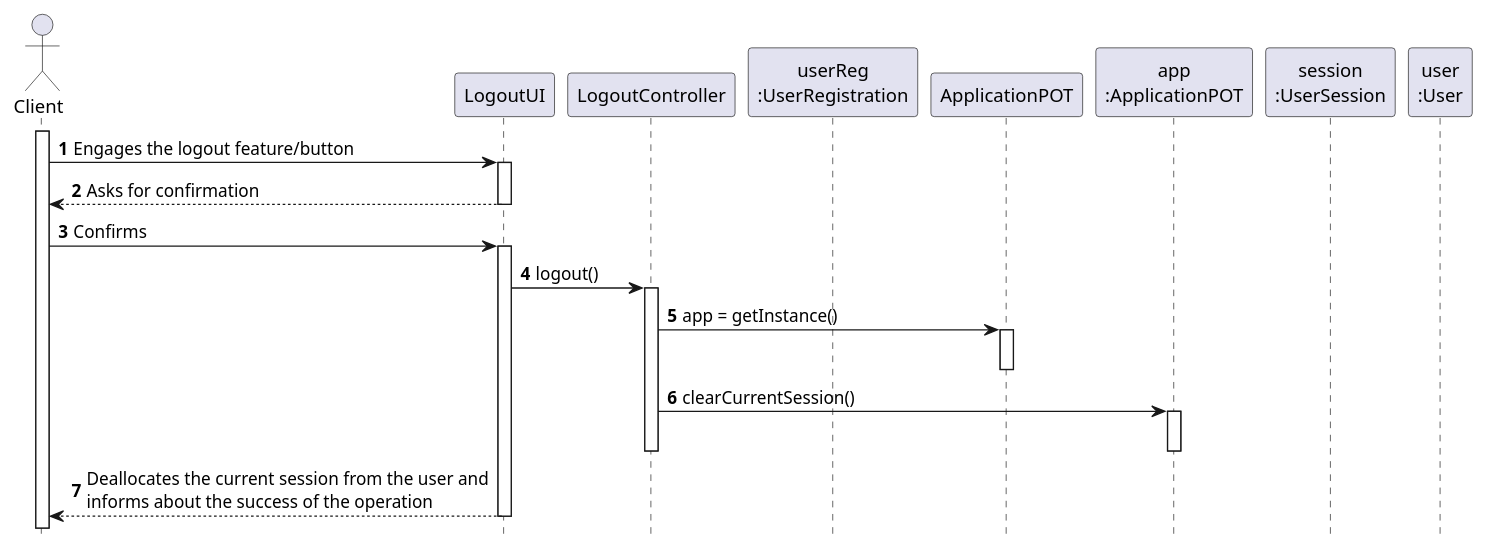
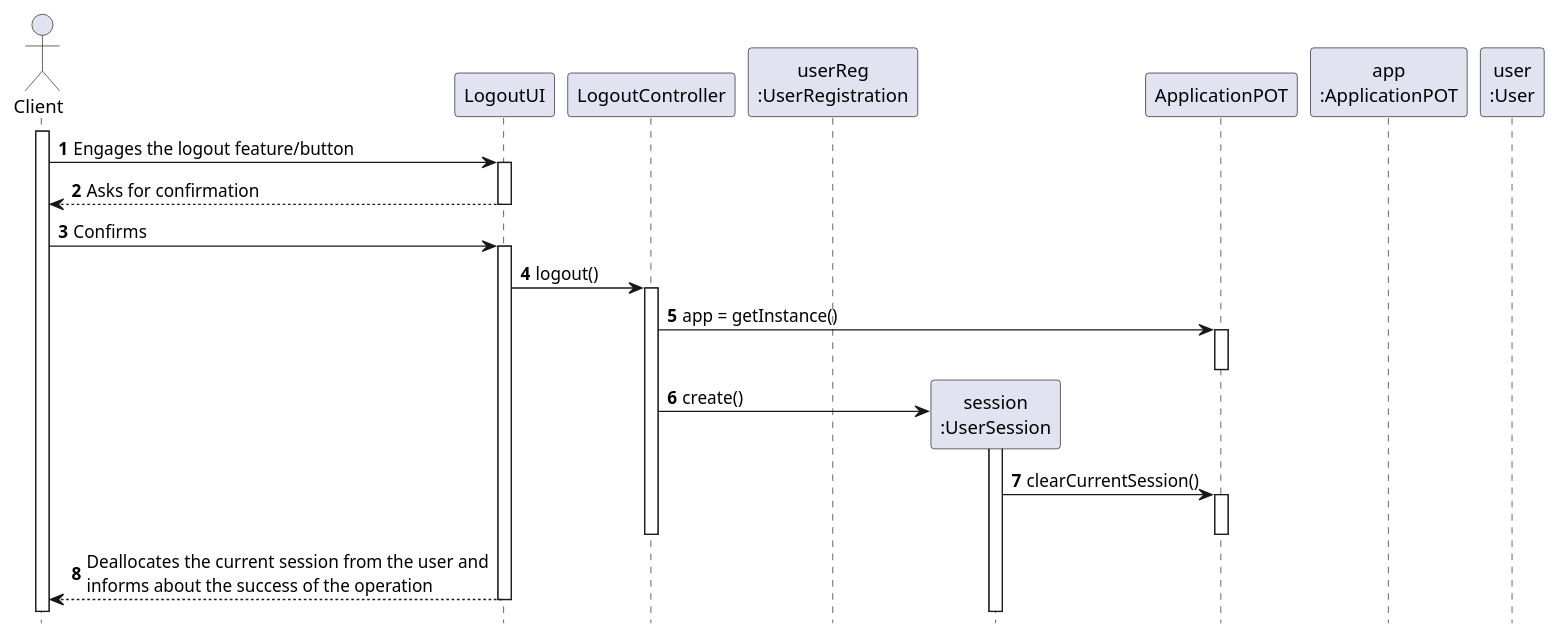
One commit to tiagoavcosta25/LAPR3 changed the diagram in docs/Iteration 1/User Management/US68_Logout/US68_SD.puml. Above: the diagram before and after it, drawn with PlantUML. The commit also changed 8 other files, not shown here.

```diff
--- a/docs/Iteration 1/User Management/US68_Logout/US68_SD.puml
+++ b/docs/Iteration 1/User Management/US68_Logout/US68_SD.puml
@@ -1,45 +1,49 @@
 @startuml
 autonumber
 hide footbox
 
 actor "Client" as U
 
 participant "LogoutUI" as UI
 participant "LogoutController" as CTRL
 
 
 participant "userReg\n:UserRegistration" as UREG
+participant "session\n:UserSession" as SES
 participant "ApplicationPOT" as _APP
 participant "app\n:ApplicationPOT" as APP
-participant "session\n:UserSession" as SES
 participant "user\n:User" as USER
 
 
 activate U
 
 U -> UI : Engages the logout feature/button
 activate UI
 UI --> U : Asks for confirmation
 deactivate UI
 
 U -> UI : Confirms
 activate UI
 
 UI -> CTRL : logout()
 activate CTRL
 CTRL -> _APP: app = getInstance()
 activate _APP
 deactivate _APP
 
 
-CTRL -> APP : clearCurrentSession()
+CTRL -> SES** : create()
+activate SES
+deactivate SES
+SES -> _APP : clearCurrentSession()
 
-activate APP
-deactivate APP
+
+activate _APP
+deactivate _APP
 
 deactivate CTRL
 
 UI --> U : Deallocates the current session from the user and\ninforms about the success of the operation
 deactivate UI
 
 @enduml
```
